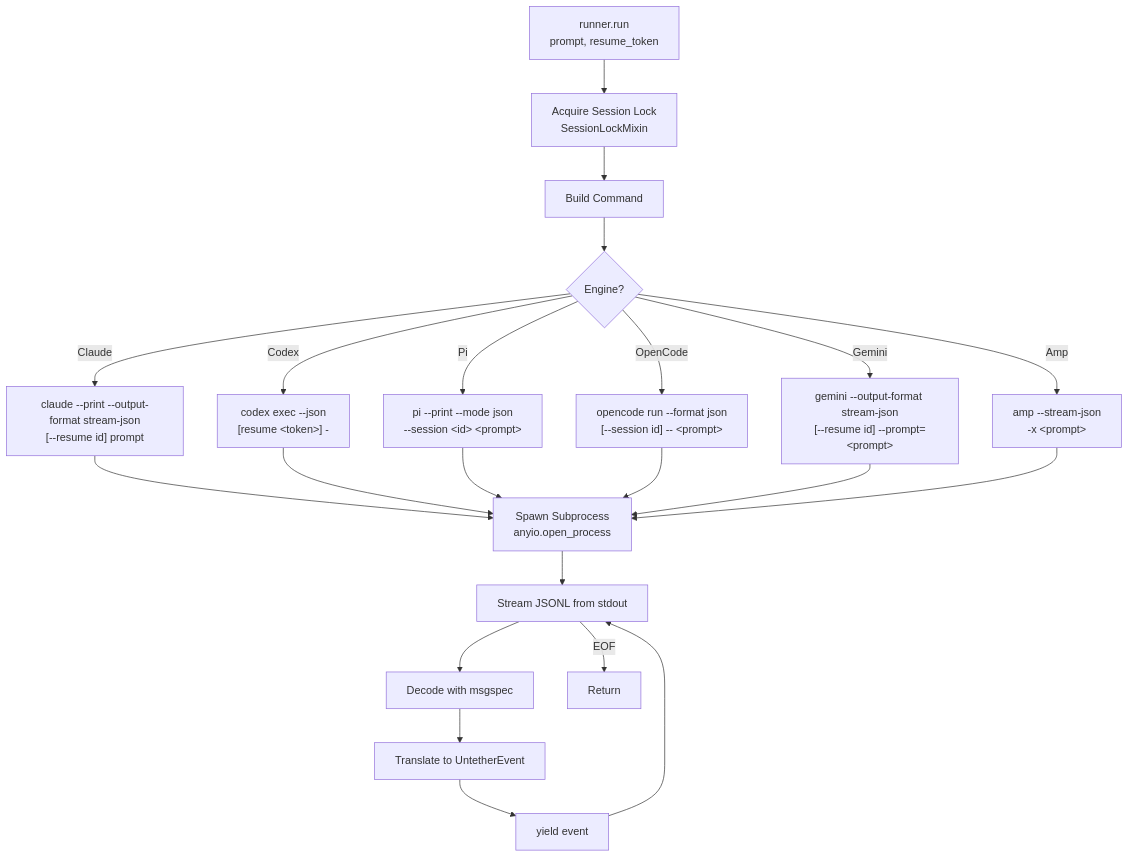
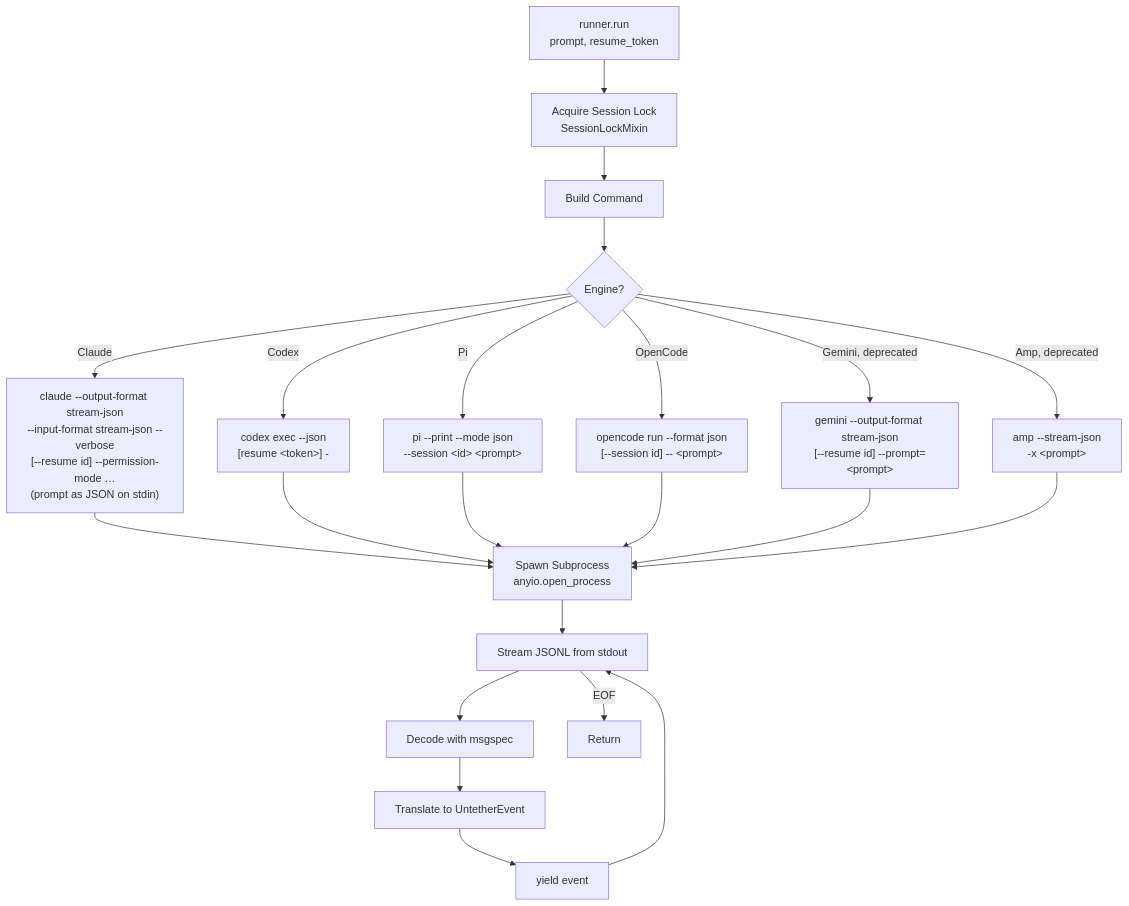
Before and after one commit to littlebearapps/untether: the fourth of 9 diagrams in docs/explanation/architecture.md, drawn with Mermaid. The commit also changed other lines of this file and 85 other files, not shown here.

````diff
--- a/docs/explanation/architecture.md
+++ b/docs/explanation/architecture.md
@@ -217,30 +217,30 @@
 ```mermaid
 flowchart TD
     A[runner.run\nprompt, resume_token] --> B[Acquire Session Lock<br/>SessionLockMixin]
 
     B --> C[Build Command]
 
     C --> D{Engine?}
-    D -->|Claude| D1["claude --print --output-format stream-json<br/>[--resume id] prompt"]
+    D -->|Claude| D1["claude --output-format stream-json<br/>--input-format stream-json --verbose<br/>[--resume id] --permission-mode …<br/>(prompt as JSON on stdin)"]
     D -->|Codex| D2["codex exec --json<br/>[resume &lt;token&gt;] -"]
     D -->|Pi| D3["pi --print --mode json<br/>--session &lt;id&gt; &lt;prompt&gt;"]
     D -->|OpenCode| D4["opencode run --format json<br/>[--session id] -- &lt;prompt&gt;"]
-    D -->|Gemini| D5["gemini --output-format stream-json<br/>[--resume id] --prompt=&lt;prompt&gt;"]
-    D -->|Amp| D6["amp --stream-json<br/>-x &lt;prompt&gt;"]
+    D -->|Gemini, deprecated| D5["gemini --output-format stream-json<br/>[--resume id] --prompt=&lt;prompt&gt;"]
+    D -->|Amp, deprecated| D6["amp --stream-json<br/>-x &lt;prompt&gt;"]
 
     D1 --> E[Spawn Subprocess<br/>anyio.open_process]
     D2 --> E
     D3 --> E
     D4 --> E
     D5 --> E
     D6 --> E
 
     E --> F[Stream JSONL from stdout]
 
     F --> G[Decode with msgspec]
     G --> H[Translate to UntetherEvent]
     H --> I[yield event]
     I --> F
 
     F -->|EOF| J[Return]
 ```
````
